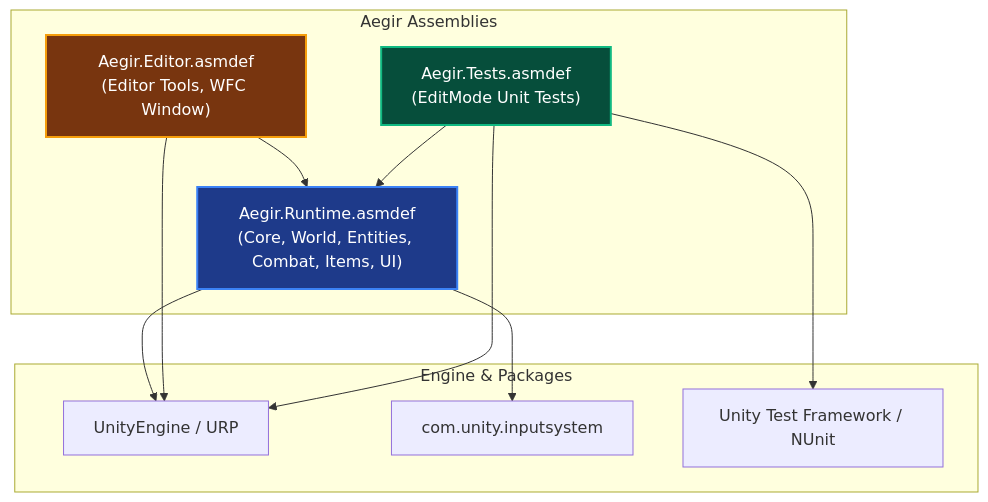
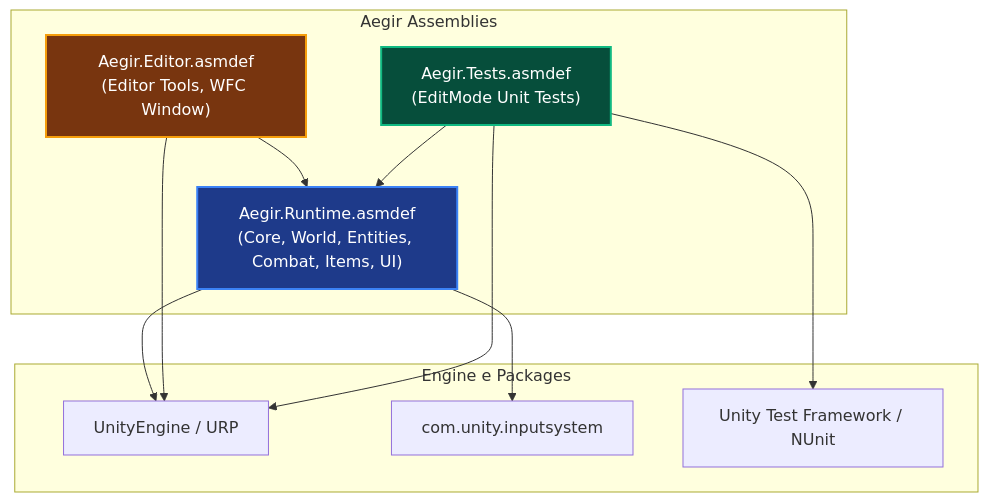
One commit to wasd-ufs/Aegir changed the first of 8 diagrams in Assets/Project/Scripts/ARCHITECTURE.md. Above: the diagram before and after it, drawn with Mermaid. The commit also changed other lines of this file, not shown here.

Commit message:
docs(architecture): corrigir sintaxe dos diagramas Mermaid para compatibilidade com GitHub

````diff
--- a/Assets/Project/Scripts/ARCHITECTURE.md
+++ b/Assets/Project/Scripts/ARCHITECTURE.md
@@ -13,28 +13,28 @@
 ```mermaid
 graph TD
-    subgraph Engine & Packages
+    subgraph Subgraph_Engine ["Engine e Packages"]
         UnityCore["UnityEngine / URP"]
         NewInput["com.unity.inputsystem"]
         UTF["Unity Test Framework / NUnit"]
     end
 
-    subgraph Aegir Assemblies
+    subgraph Subgraph_Aegir ["Aegir Assemblies"]
         EditorAssembly["Aegir.Editor.asmdef<br/>(Editor Tools, WFC Window)"]
         RuntimeAssembly["Aegir.Runtime.asmdef<br/>(Core, World, Entities, Combat, Items, UI)"]
         TestsAssembly["Aegir.Tests.asmdef<br/>(EditMode Unit Tests)"]
     end
 
     RuntimeAssembly --> UnityCore
     RuntimeAssembly --> NewInput
 
     EditorAssembly --> RuntimeAssembly
     EditorAssembly --> UnityCore
 
     TestsAssembly --> RuntimeAssembly
     TestsAssembly --> UTF
     TestsAssembly --> UnityCore
 
     style RuntimeAssembly fill:#1e3a8a,stroke:#3b82f6,stroke-width:2px,color:#fff
     style EditorAssembly fill:#78350f,stroke:#f59e0b,stroke-width:2px,color:#fff
     style TestsAssembly fill:#064e3b,stroke:#10b981,stroke-width:2px,color:#fff
 ```
````
